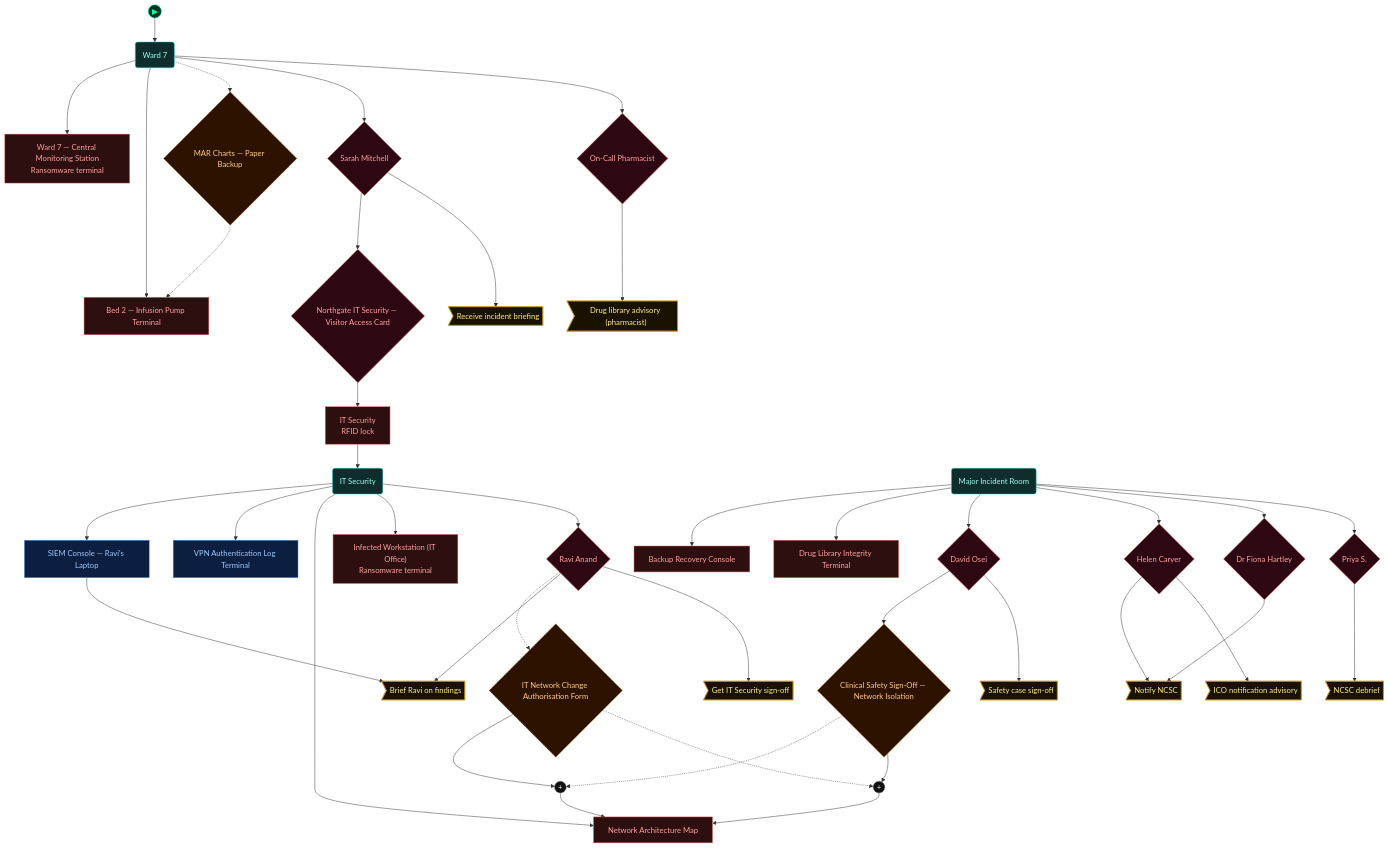
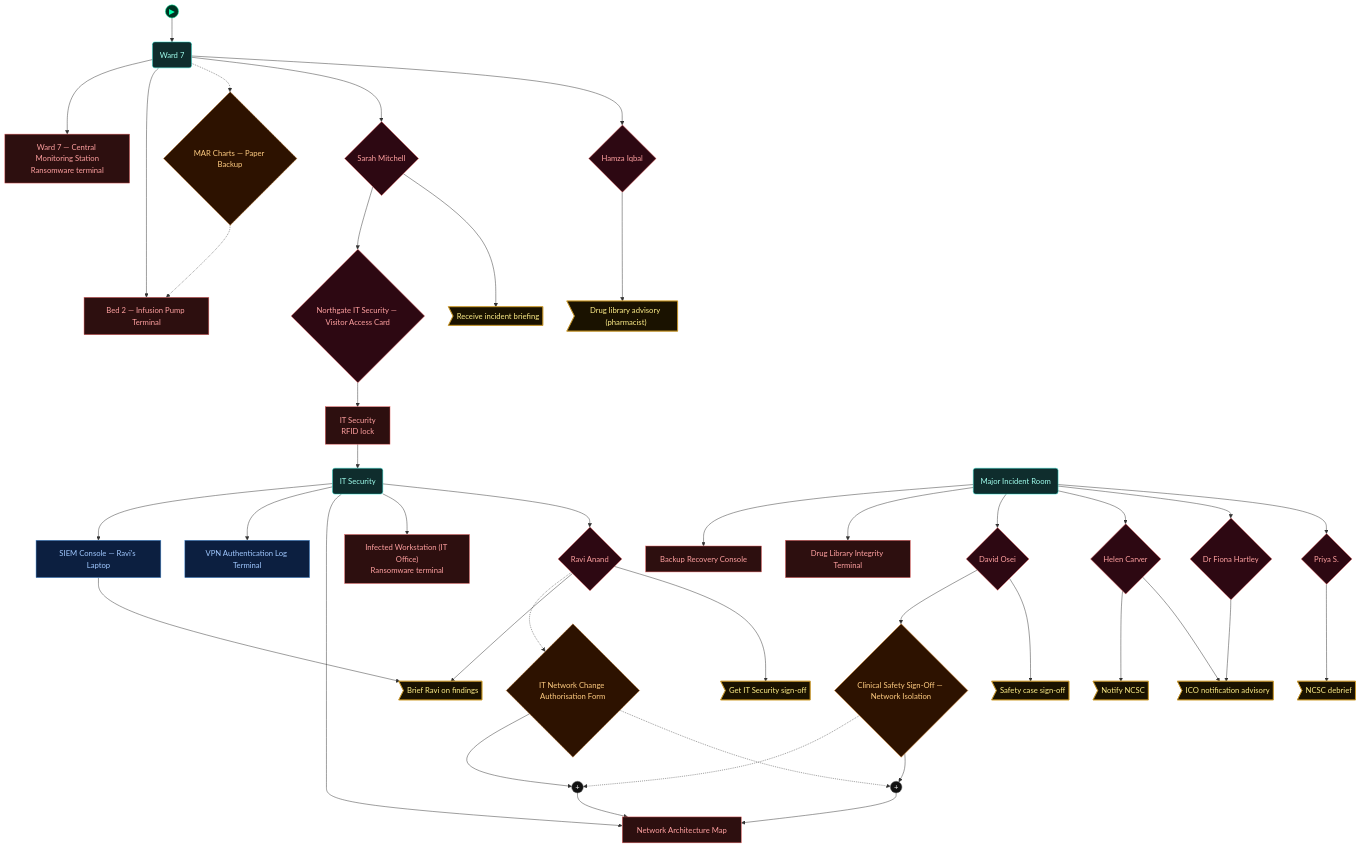
Before and after one commit to cliffe/BreakEscape: the first of 5 diagrams in scenarios/sis01_healthcare/dungeon_graph.md, drawn with Mermaid. The commit also changed other lines of this file and 36 other files, not shown here.

```diff
--- a/scenarios/sis01_healthcare/dungeon_graph.md
+++ b/scenarios/sis01_healthcare/dungeon_graph.md
@@ -78,7 +78,7 @@
   npc_sarah_mitchell{"Sarah Mitchell"}
   northgate_it_security_visitor_access_card{"Northgate IT Security — Visitor Access Card"}
   action_talk_to_sarah>"Receive incident briefing"]
-  npc_on_call_pharmacist{"On-Call Pharmacist"}
+  npc_hamza_iqbal{"Hamza Iqbal"}
   action_warn_sarah>"Drug library advisory (pharmacist)"]
   siem_console_ravi_s_laptop["SIEM Console — Ravi's Laptop"]
   vpn_authentication_log_terminal["VPN Authentication Log Terminal"]
@@ -112,8 +112,8 @@
   npc_sarah_mitchell --> northgate_it_security_visitor_access_card
   northgate_it_security_visitor_access_card --> door_it_security_office
   npc_sarah_mitchell --> action_talk_to_sarah
-  ward_7 --> npc_on_call_pharmacist
-  npc_on_call_pharmacist --> action_warn_sarah
+  ward_7 --> npc_hamza_iqbal
+  npc_hamza_iqbal --> action_warn_sarah
   it_security_office --> siem_console_ravi_s_laptop
   it_security_office --> vpn_authentication_log_terminal
   it_security_office --> lock_network_map_screen
@@ -131,7 +131,7 @@
   npc_helen_carver --> action_notify_ncsc
   npc_helen_carver --> action_helen_ico_advisory
   major_incident_room --> npc_dr_fiona_hartley
-  npc_dr_fiona_hartley --> action_notify_ncsc
+  npc_dr_fiona_hartley --> action_helen_ico_advisory
   major_incident_room --> npc_priya_s
   npc_priya_s --> action_attend_debrief
   clinical_safety_sign_off_network_isolation -.-> andgate1
@@ -145,7 +145,7 @@
   class door_it_security_office,lock_ward_monitoring_station,lock_bed2_pump_terminal,lock_network_map_screen,lock_infected_workstation_it_office,lock_backup_console,lock_drug_library_checker lock
   class it_security_office,ward_7,major_incident_room room
   class mar_charts_paper_backup,it_network_change_authorisation_form,clinical_safety_sign_off_network_isolation item
-  class npc_sarah_mitchell,northgate_it_security_visitor_access_card,npc_on_call_pharmacist,npc_ravi_anand,npc_david_osei,npc_helen_carver,npc_dr_fiona_hartley,npc_priya_s key
+  class npc_sarah_mitchell,northgate_it_security_visitor_access_card,npc_hamza_iqbal,npc_ravi_anand,npc_david_osei,npc_helen_carver,npc_dr_fiona_hartley,npc_priya_s key
   class action_talk_to_sarah,action_warn_sarah,action_brief_ravi,action_ravi_signoff,action_david_safety_case,action_notify_ncsc,action_helen_ico_advisory,action_attend_debrief action
   class siem_console_ravi_s_laptop,vpn_authentication_log_terminal vm
   class andgate1,andgate2 gate
```
